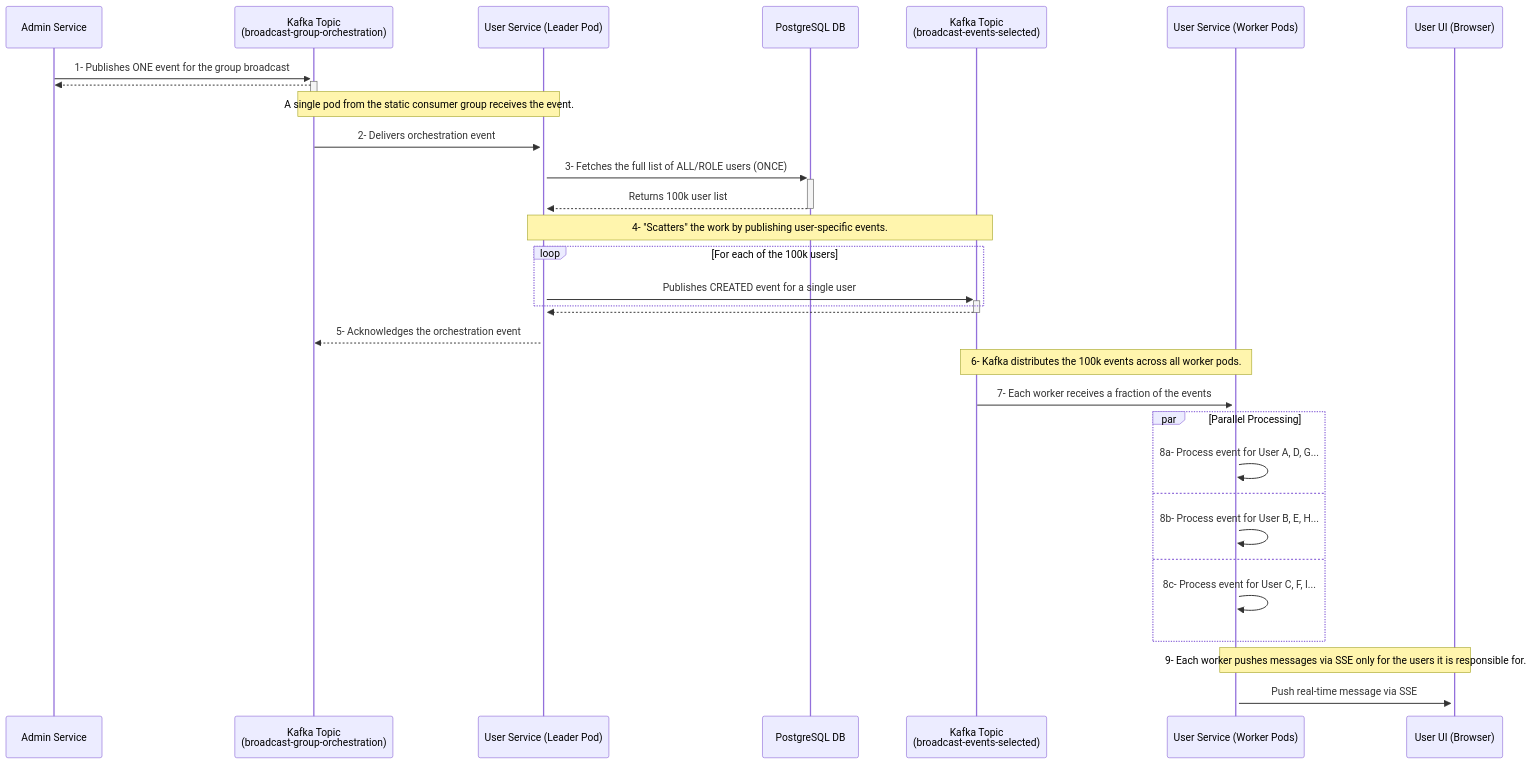
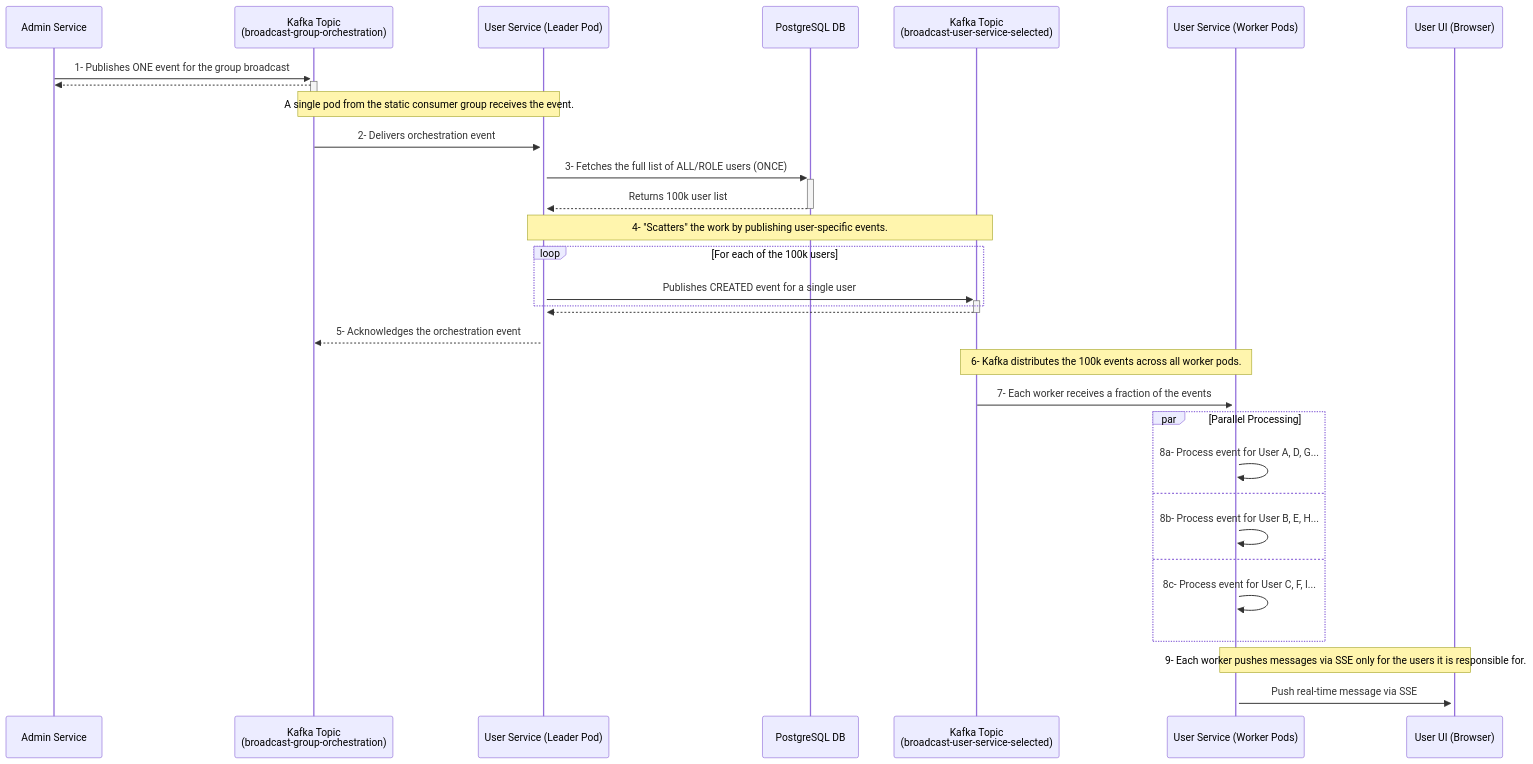
One commit to rsrini7/Notification-SSE-GLM-Flux changed the diagram in MermaidDiagrams/seq-broadcast-create-group-Scatter-Gather.mmd. Above: the diagram before and after it, drawn with Mermaid. The commit also changed 20 other files, not shown here.

First line of the commit message:
refactor(kafka): rename broadcast-events to broadcast-user-service for clarity

```diff
--- a/MermaidDiagrams/seq-broadcast-create-group-Scatter-Gather.mmd
+++ b/MermaidDiagrams/seq-broadcast-create-group-Scatter-Gather.mmd
@@ -1,38 +1,38 @@
 sequenceDiagram
     participant AdminSvc as Admin Service
     participant OrchestrationTopic as Kafka Topic <br/> (broadcast-group-orchestration)
     participant LeaderConsumer as User Service (Leader Pod)
     participant DB as PostgreSQL DB
-    participant DeliveryTopic as Kafka Topic <br/> (broadcast-events-selected)
+    participant DeliveryTopic as Kafka Topic <br/> (broadcast-user-service-selected)
     participant WorkerConsumers as User Service (Worker Pods)
     participant UserUI as User UI (Browser)
 
     AdminSvc->>+OrchestrationTopic: 1- Publishes ONE event for the group broadcast
     OrchestrationTopic-->>-AdminSvc: 
 
     Note over OrchestrationTopic, LeaderConsumer: A single pod from the static consumer group receives the event.
     OrchestrationTopic->>+LeaderConsumer: 2- Delivers orchestration event
 
     LeaderConsumer->>+DB: 3- Fetches the full list of ALL/ROLE users (ONCE)
     DB-->>-LeaderConsumer: Returns 100k user list
 
     Note over LeaderConsumer, DeliveryTopic: 4- "Scatters" the work by publishing user-specific events.
     loop For each of the 100k users
         LeaderConsumer->>+DeliveryTopic: Publishes CREATED event for a single user
     end
     DeliveryTopic-->>-LeaderConsumer: 
     LeaderConsumer-->>OrchestrationTopic: 5- Acknowledges the orchestration event
 
     Note over DeliveryTopic, WorkerConsumers: 6- Kafka distributes the 100k events across all worker pods.
     DeliveryTopic->>+WorkerConsumers: 7- Each worker receives a fraction of the events
     
     par Parallel Processing
         WorkerConsumers->>WorkerConsumers: 8a- Process event for User A, D, G...
     and
         WorkerConsumers->>WorkerConsumers: 8b- Process event for User B, E, H...
     and
         WorkerConsumers->>WorkerConsumers: 8c- Process event for User C, F, I...
     end
 
     Note over WorkerConsumers, UserUI: 9- Each worker pushes messages via SSE only for the users it is responsible for.
     WorkerConsumers->>+UserUI: Push real-time message via SSE
```
